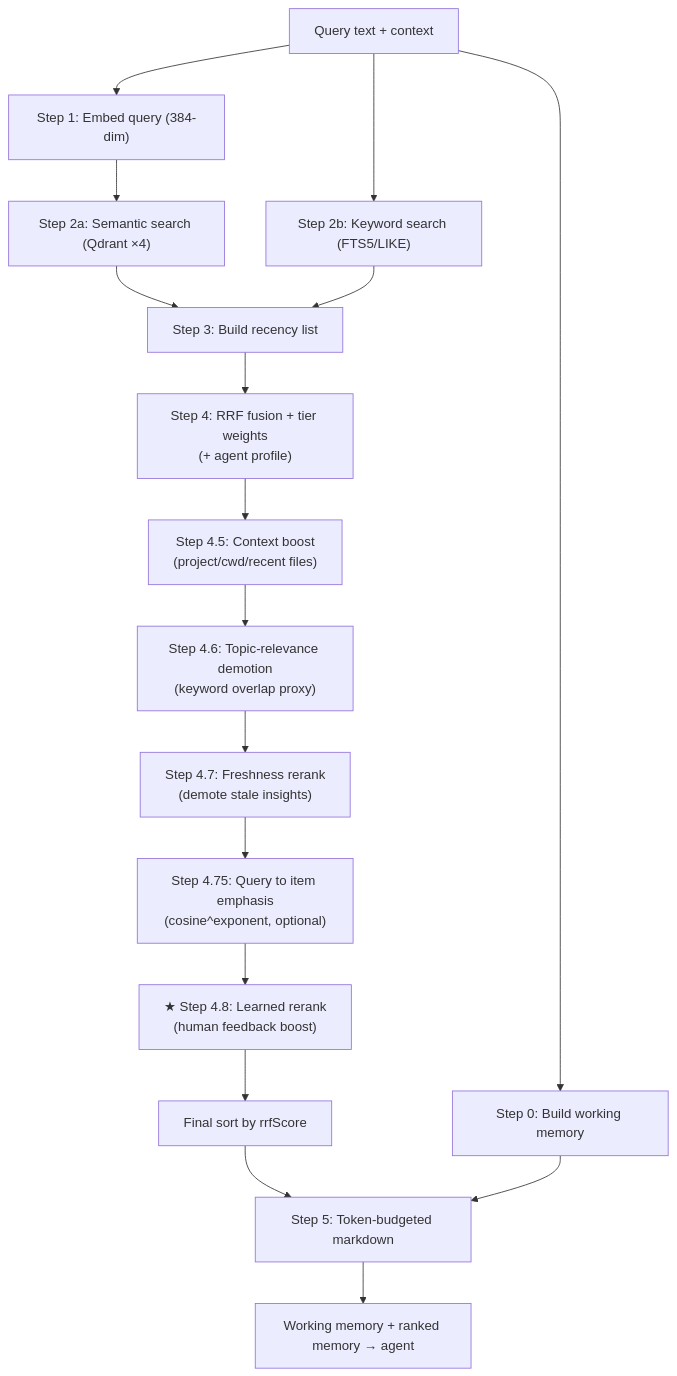
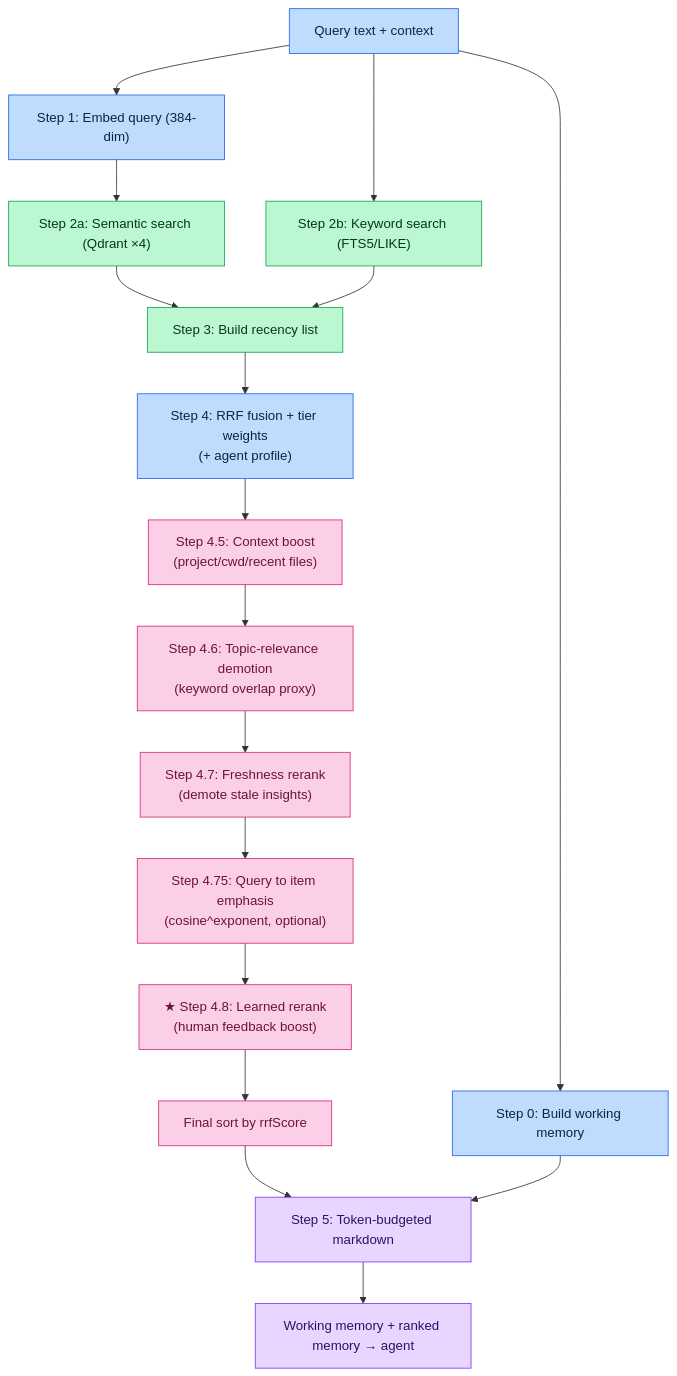
One commit to ritwik-ghosh09/Agent-Agnostic-Observational-Memory changed the fifth of 9 diagrams in Observational_Memory.md. Above: the diagram before and after it, drawn with Mermaid. The commit also changed other lines of this file and 2 other files, not shown here.

````diff
--- a/Observational_Memory.md
+++ b/Observational_Memory.md
@@ -340,19 +370,28 @@
 ```mermaid
 graph TD
     Q["Query text + context"] --> WM["Step 0: Build working memory"]
     Q --> EMB["Step 1: Embed query (384-dim)"]
     EMB --> SEM["Step 2a: Semantic search (Qdrant ×4)"]
     Q --> KW["Step 2b: Keyword search (FTS5/LIKE)"]
     SEM --> REC["Step 3: Build recency list"]
     KW --> REC
     REC --> RRF["Step 4: RRF fusion + tier weights<br/>(+ agent profile)"]
     RRF --> CB["Step 4.5: Context boost<br/>(project/cwd/recent files)"]
     CB --> TR["Step 4.6: Topic-relevance demotion<br/>(keyword overlap proxy)"]
     TR --> FR["Step 4.7: Freshness rerank<br/>(demote stale insights)"]
     FR --> QI["Step 4.75: Query to item emphasis<br/>(cosine^exponent, optional)"]
     QI --> LR["★ Step 4.8: Learned rerank<br/>(human feedback boost)"]
     LR --> SORT["Final sort by rrfScore"]
     SORT --> TB["Step 5: Token-budgeted markdown"]
     WM --> TB
     TB --> OUT["Working memory + ranked memory → agent"]
+
+    classDef compute fill:#bfdbfe,stroke:#2563eb,stroke-width:1px,color:#0b2447;
+    classDef store fill:#bbf7d0,stroke:#16a34a,stroke-width:1px,color:#06371d;
+    classDef rerank fill:#fbcfe8,stroke:#db2777,stroke-width:1px,color:#6d1238;
+    classDef output fill:#e9d5ff,stroke:#7c3aed,stroke-width:1px,color:#2e1065;
+    class Q,EMB,WM,RRF compute;
+    class SEM,KW,REC store;
+    class CB,TR,FR,QI,LR,SORT rerank;
+    class TB,OUT output;
 ```
````
